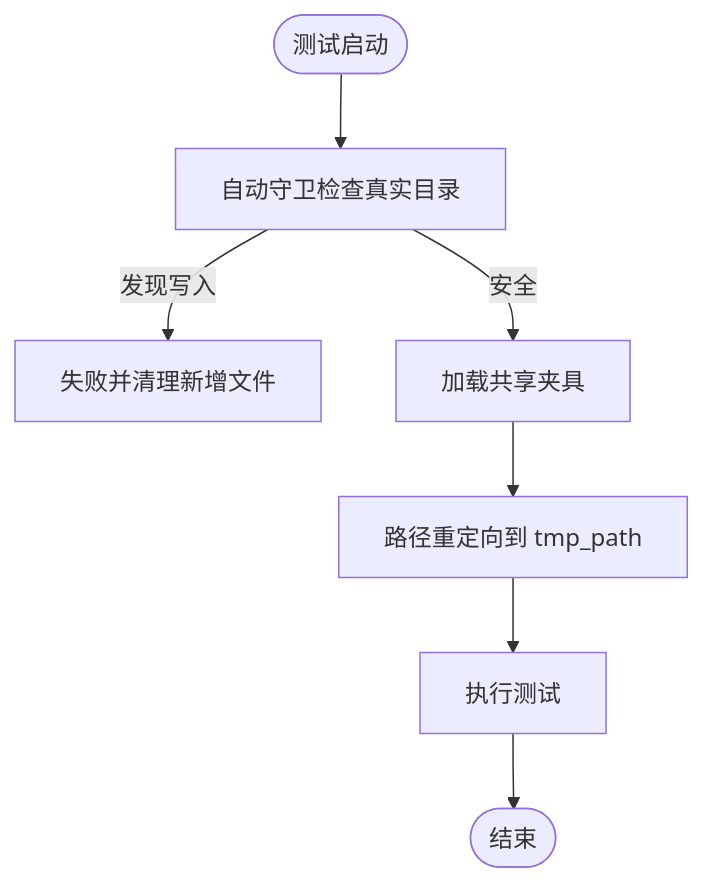
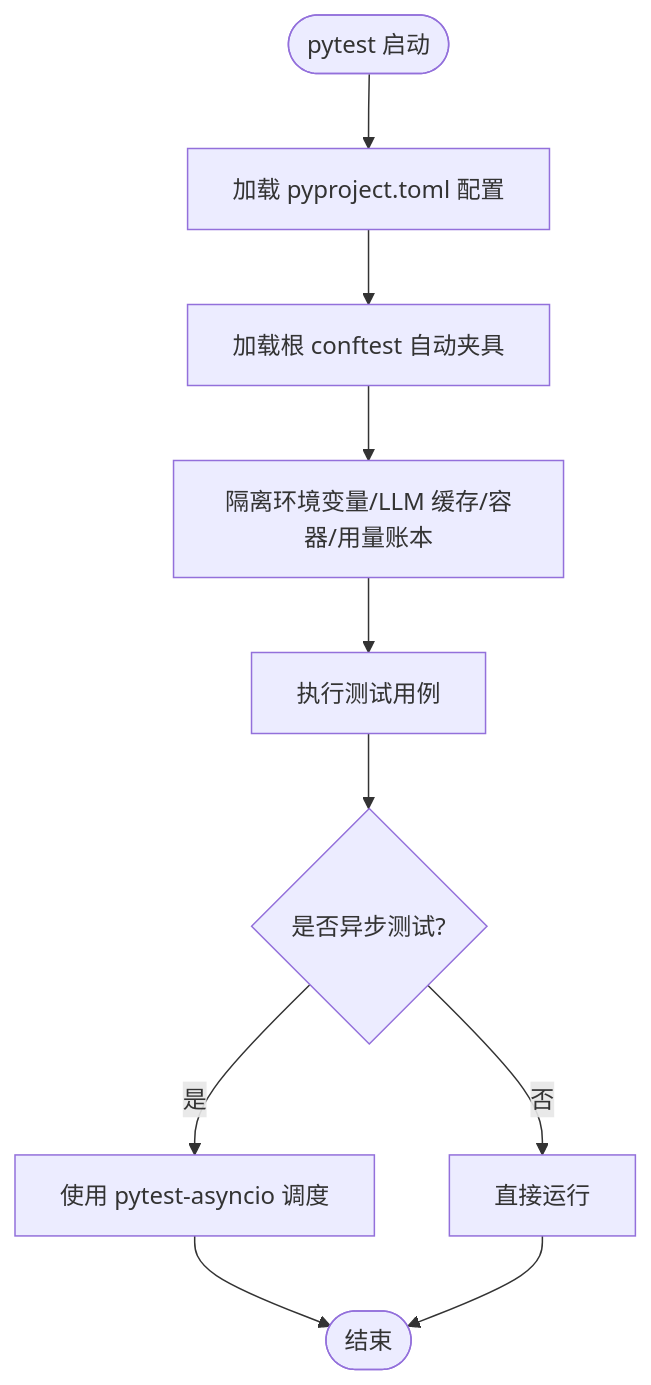
Before and after one commit to gongzili456/DeepTutor: the third of 6 diagrams in .qoder/repowiki/zh/content/测试策略/测试策略.md, drawn with Mermaid. The commit also changed other lines of this file and 1242 other files, not shown here.

````diff
--- a/.qoder/repowiki/zh/content/测试策略/测试策略.md
+++ b/.qoder/repowiki/zh/content/测试策略/测试策略.md
@@ -106,9 +128,12 @@
 ```mermaid
 flowchart TD
-Start(["测试启动"]) --> Guard["自动守卫检查真实目录"]
-Guard --> |发现写入| Fail["失败并清理新增文件"]
-Guard --> |安全| Fixtures["加载共享夹具"]
-Fixtures --> Isolate["路径重定向到 tmp_path"]
-Isolate --> Run["执行测试"]
-Run --> End(["结束"])
+Start(["pytest 启动"]) --> LoadCfg["加载 pyproject.toml 配置"]
+LoadCfg --> AutoFixtures["加载根 conftest 自动夹具"]
+AutoFixtures --> IsolateEnv["隔离环境变量/LLM 缓存/容器/用量账本"]
+IsolateEnv --> RunTests["执行测试用例"]
+RunTests --> AsyncCheck{"是否异步测试?"}
+AsyncCheck --> |是| UseAsyncio["使用 pytest-asyncio 调度"]
+AsyncCheck --> |否| DirectRun["直接运行"]
+UseAsyncio --> End(["结束"])
+DirectRun --> End
 ```
````
